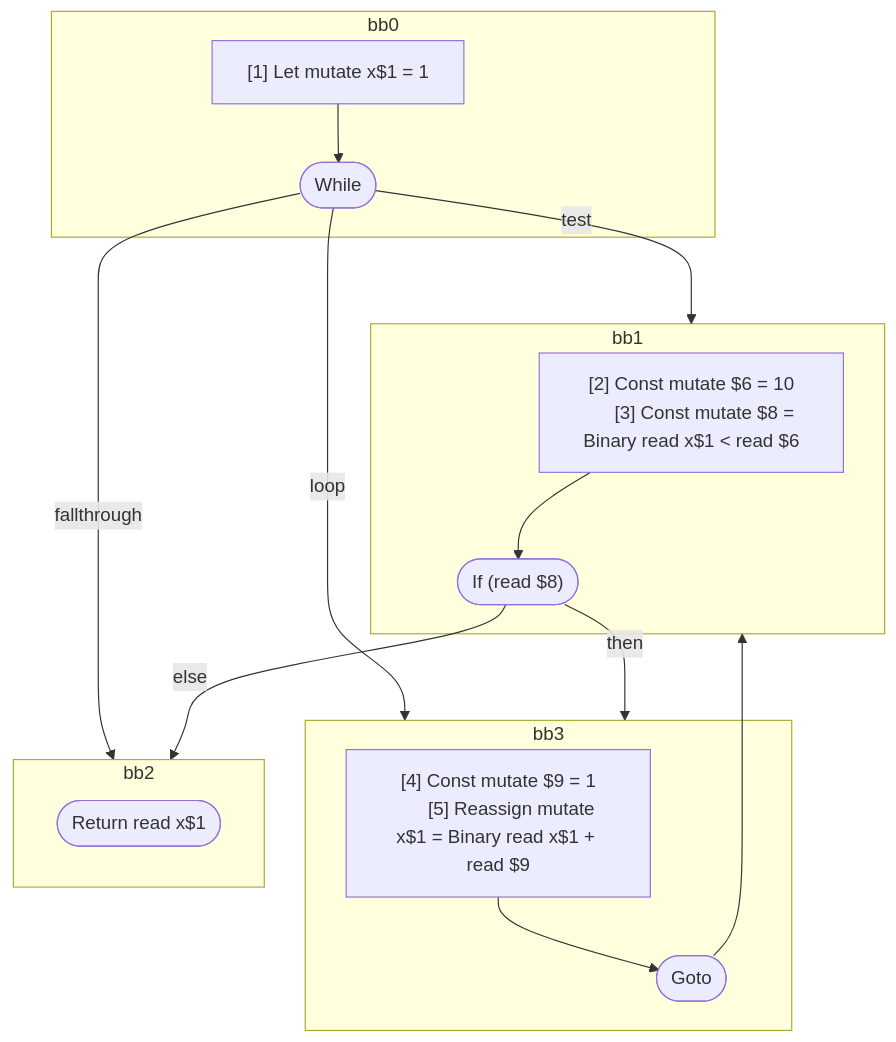
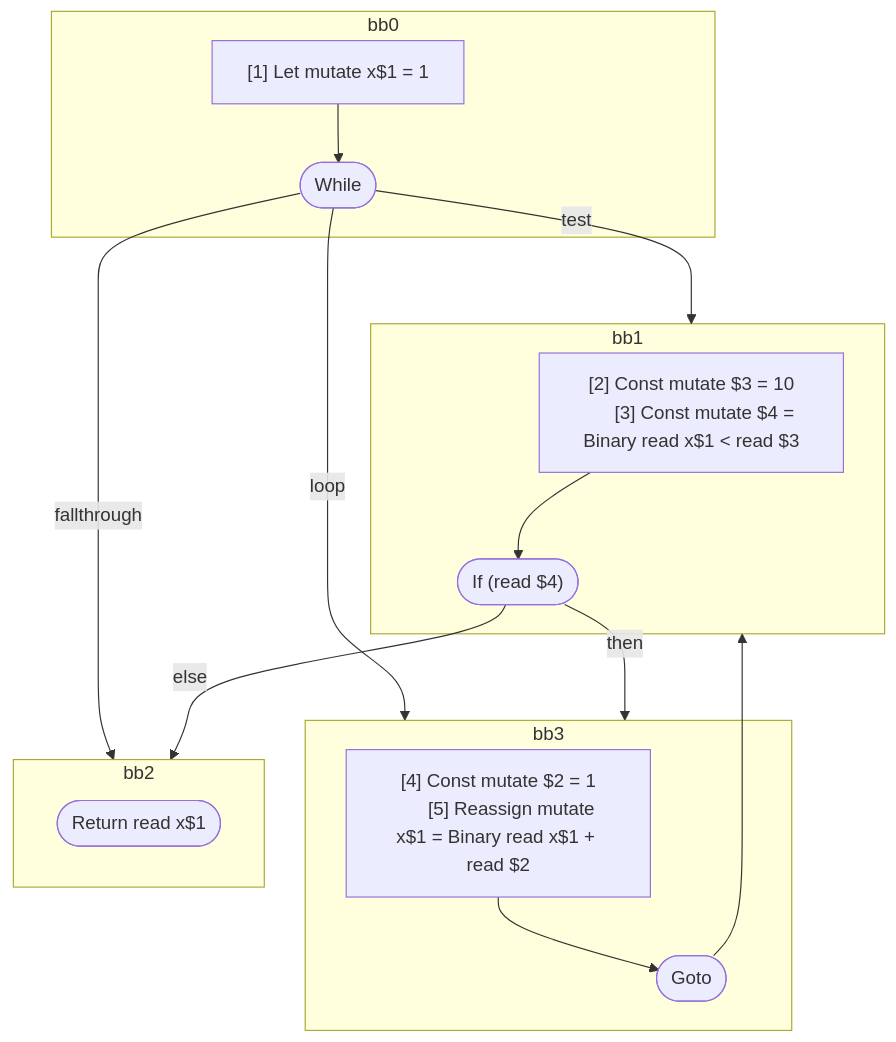
Before and after one commit to wutsmog/private: the diagram in compiler/forget/src/__tests__/fixtures/hir/ssa-while.expect.md, drawn with Mermaid. The commit also changed other lines of this file and 57 other files, not shown here.

````diff
--- a/compiler/forget/src/__tests__/fixtures/hir/ssa-while.expect.md
+++ b/compiler/forget/src/__tests__/fixtures/hir/ssa-while.expect.md
@@ -39,36 +39,36 @@
 ```mermaid
 flowchart TB
   %% Basic Blocks
   subgraph bb0
     bb0_instrs["
       [1] Let mutate x$1 = 1
     "]
     bb0_instrs --> bb0_terminal(["While"])
   end
   subgraph bb1
     bb1_instrs["
-      [2] Const mutate $6 = 10
-      [3] Const mutate $8 = Binary read x$1 < read $6
+      [2] Const mutate $3 = 10
+      [3] Const mutate $4 = Binary read x$1 < read $3
     "]
-    bb1_instrs --> bb1_terminal(["If (read $8)"])
+    bb1_instrs --> bb1_terminal(["If (read $4)"])
   end
   subgraph bb3
     bb3_instrs["
-      [4] Const mutate $9 = 1
-      [5] Reassign mutate x$1 = Binary read x$1 + read $9
+      [4] Const mutate $2 = 1
+      [5] Reassign mutate x$1 = Binary read x$1 + read $2
     "]
     bb3_instrs --> bb3_terminal(["Goto"])
   end
   subgraph bb2
     bb2_terminal(["Return read x$1"])
   end
 
   %% Jumps
   bb0_terminal -- test --> bb1
   bb0_terminal -- loop --> bb3
   bb0_terminal -- fallthrough --> bb2
   bb1_terminal -- then --> bb3
   bb1_terminal -- else --> bb2
   bb3_terminal --> bb1
 
 ```
````
